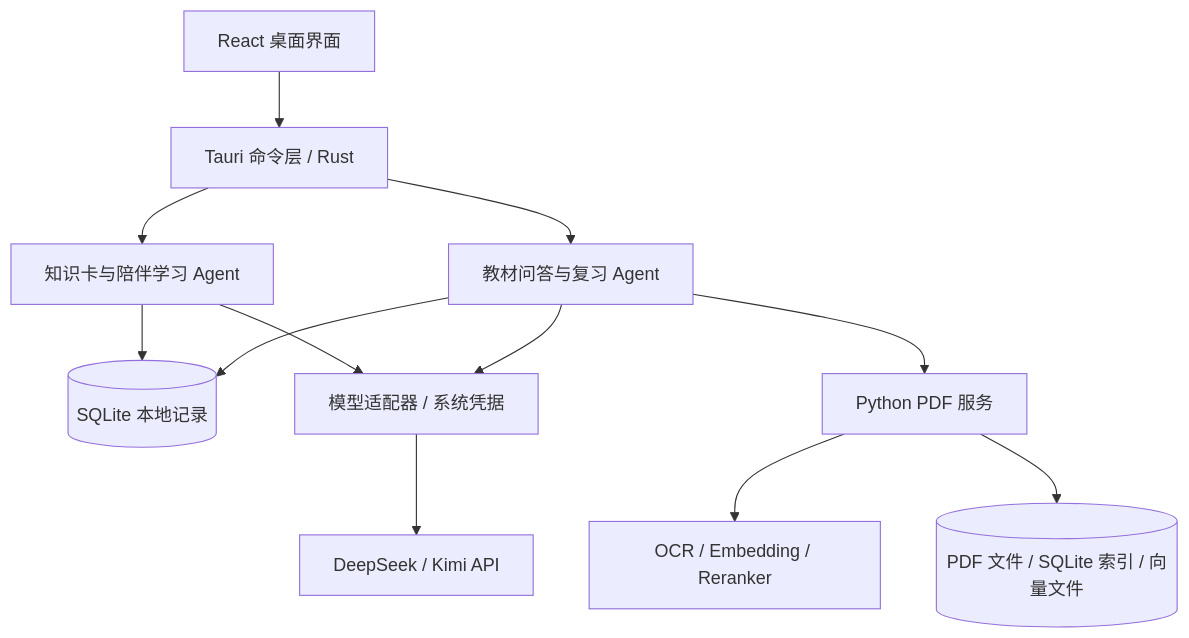
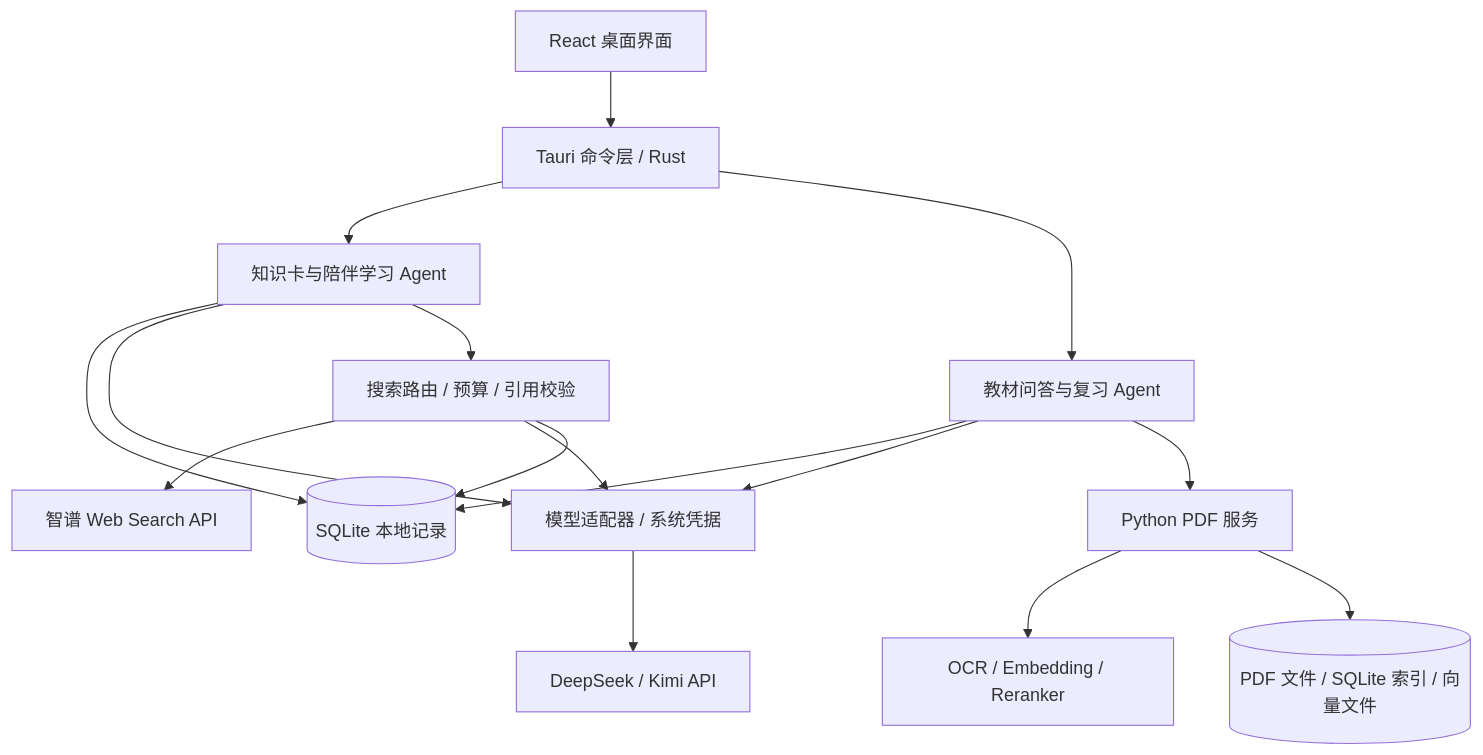
Before and after one commit to Hccccy2002/Tell-You-Why: the diagram in README.md, drawn with Mermaid. The commit also changed other lines of this file, not shown here.

Commit message:
docs: update README for study center and Zhipu search

````diff
--- a/README.md
+++ b/README.md
@@ -187,14 +226,18 @@
 ```mermaid
 flowchart TD
     UI[React 桌面界面] --> IPC[Tauri 命令层 / Rust]
     IPC --> Cards[知识卡与陪伴学习 Agent]
     IPC --> PDF[教材问答与复习 Agent]
     Cards --> DB[(SQLite 本地记录)]
     PDF --> DB
     Cards --> Provider[模型适配器 / 系统凭据]
     PDF --> Provider
     Provider --> API[DeepSeek / Kimi API]
+    Cards --> Search[搜索路由 / 预算 / 引用校验]
+    Search --> Zhipu[智谱 Web Search API]
+    Search --> Provider
+    Search --> DB
     PDF --> Python[Python PDF 服务]
     Python --> Local[OCR / Embedding / Reranker]
     Python --> Index[(PDF 文件 / SQLite 索引 / 向量文件)]
 ```
````
